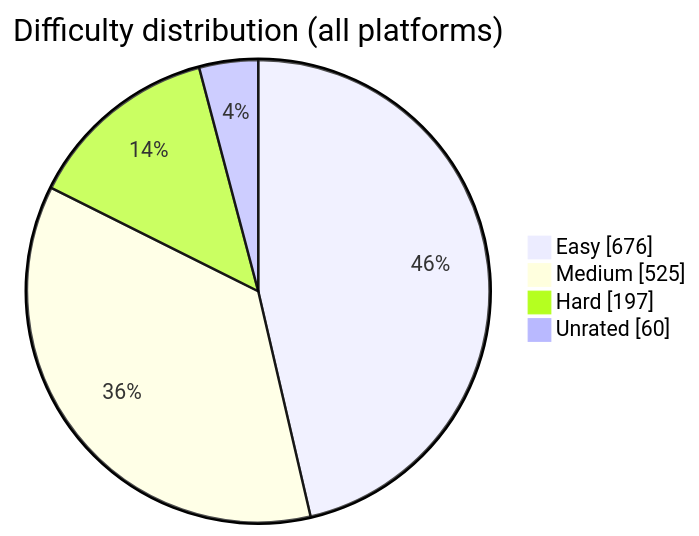
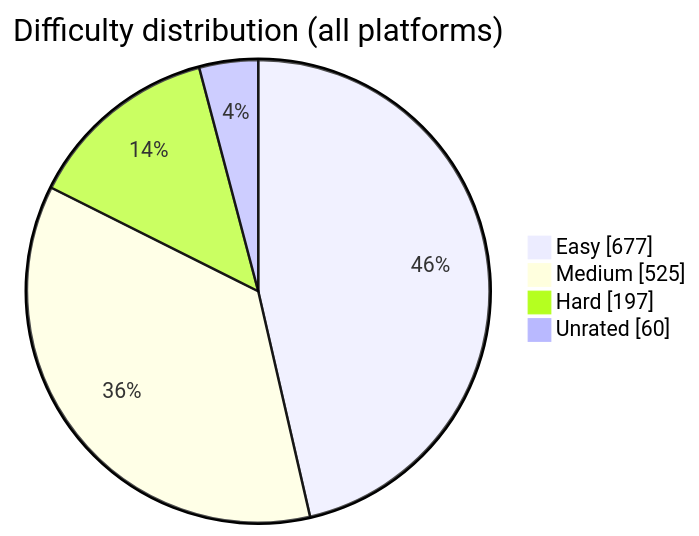
Before and after one commit to BuildbyArindam/Daily-Coding-Log: the diagram in README.md, drawn with Mermaid. The commit also changed other lines of this file, not shown here.

````diff
--- a/README.md
+++ b/README.md
@@ -93,7 +93,7 @@
 ```mermaid
 pie showData title Difficulty distribution (all platforms)
-    "Easy" : 676
+    "Easy" : 677
     "Medium" : 525
     "Hard" : 197
     "Unrated" : 60
 ```
````
